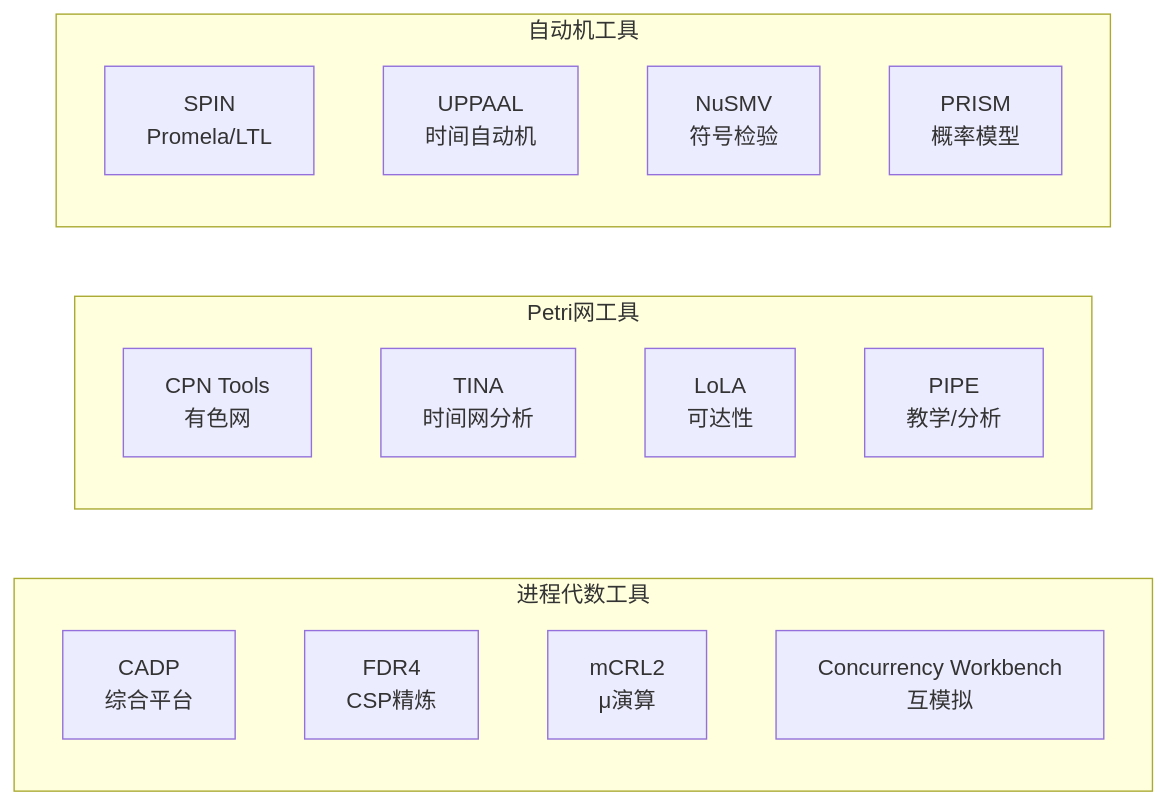
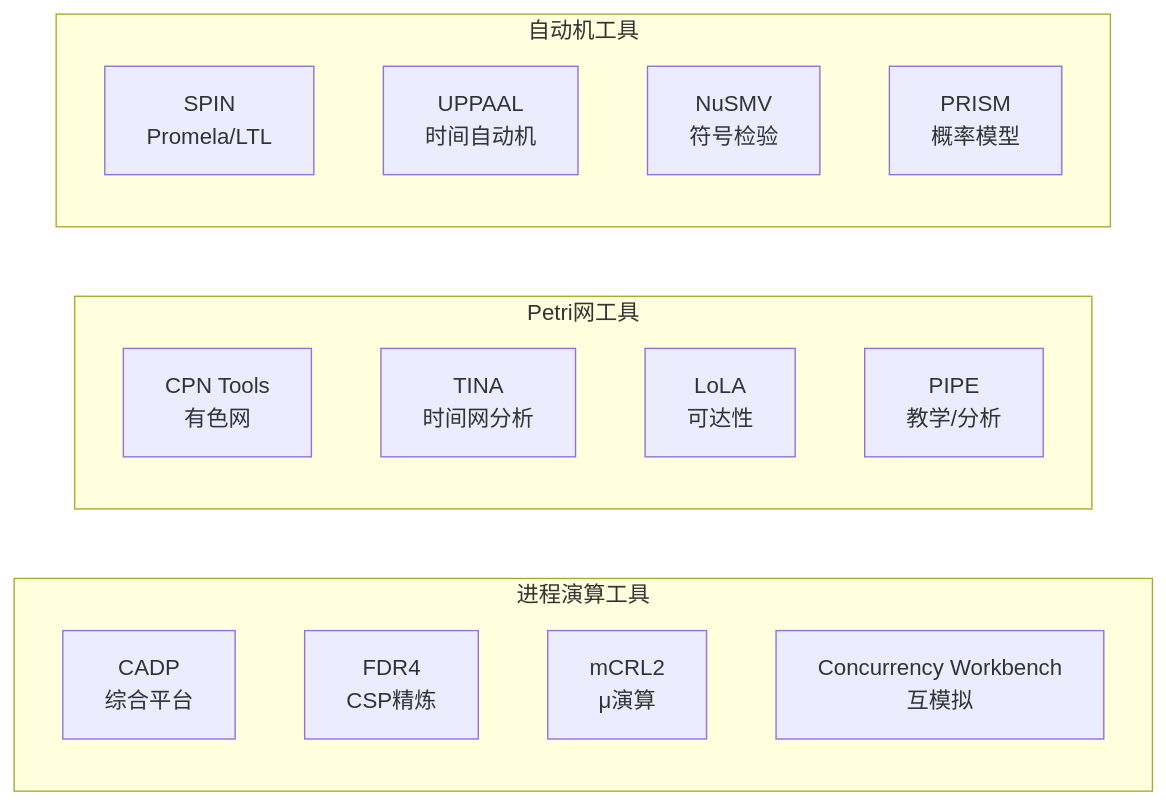
The third of 6 diagrams in formal-methods/COMPARISON-MODELS.md (AdaMartin18010/AnalysisDataFlow), drawn with Mermaid before and after one commit. The commit also changed other lines of this file and 129 other files, not shown here.

````diff
--- a/formal-methods/COMPARISON-MODELS.md
+++ b/formal-methods/COMPARISON-MODELS.md
@@ -305,23 +305,23 @@
 ```mermaid
 flowchart LR
-    subgraph "进程代数工具"
+    subgraph "进程演算工具"
     CADP[CADP<br/>综合平台]
     FDR[FDR4<br/>CSP精炼]
     MCRL2[mCRL2<br/>μ演算]
     CWB[Concurrency Workbench<br/>互模拟]
     end
 
     subgraph "Petri网工具"
     CPN[CPN Tools<br/>有色网]
     TINA[TINA<br/>时间网分析]
     LoLA[LoLA<br/>可达性]
     PIPE[PIPE<br/>教学/分析]
     end
 
     subgraph "自动机工具"
     SPIN[SPIN<br/>Promela/LTL]
     UPPAAL[UPPAAL<br/>时间自动机]
     NuSMV[NuSMV<br/>符号检验]
     PRISM[PRISM<br/>概率模型]
     end
 ```
````
